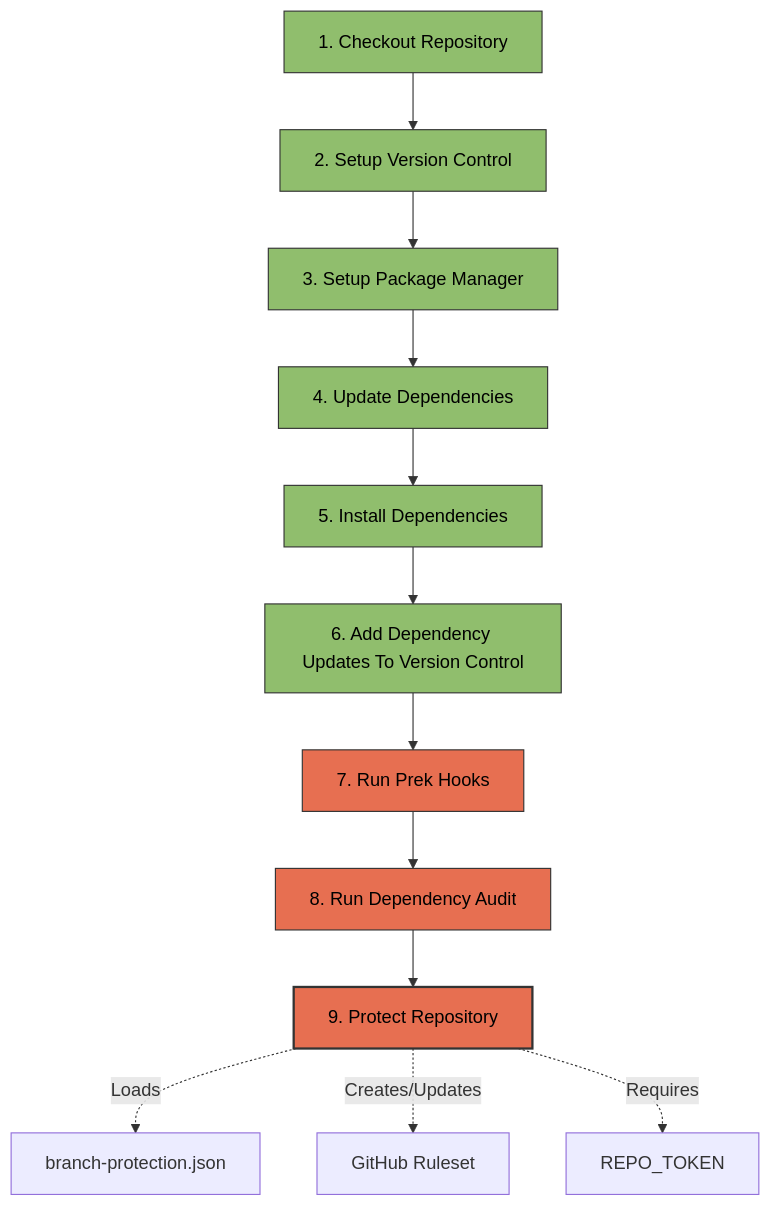
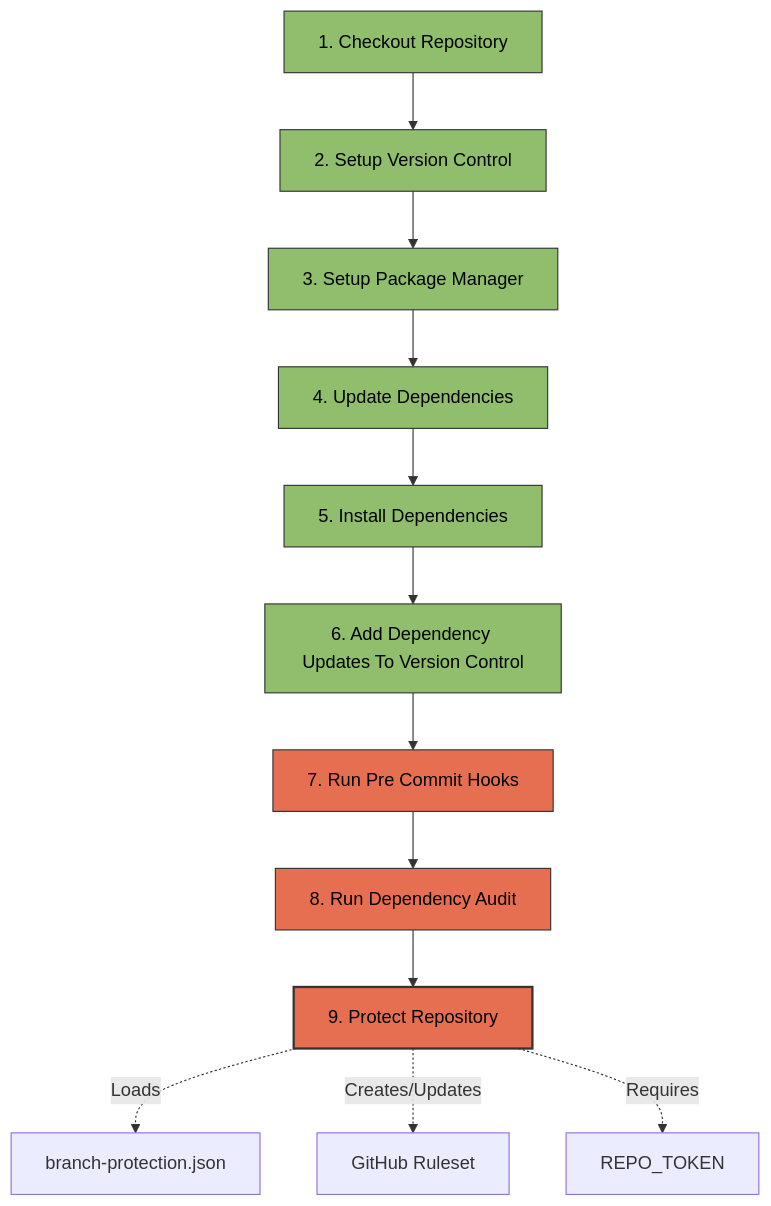
Before and after one commit to Winipedia/pyrig: the second of 3 diagrams in docs/configs/workflows/health_check.md, drawn with Mermaid. The commit also changed other lines of this file and 48 other files, not shown here.

````diff
--- a/docs/configs/workflows/health_check.md
+++ b/docs/configs/workflows/health_check.md
@@ -82,25 +82,25 @@
 ```mermaid
 graph TD
     P1[1. Checkout Repository] --> P2[2. Setup Version Control]
     P2 --> P3[3. Setup Package Manager]
     P3 --> P4[4. Update Dependencies]
     P4 --> P5[5. Install Dependencies]
     P5 --> P6[6. Add Dependency Updates To Version Control]
-    P6 --> P7[7. Run Prek Hooks]
+    P6 --> P7[7. Run Pre Commit Hooks]
     P7 --> P8[8. Run Dependency Audit]
     P8 --> P9[9. Protect Repository]
 
     P9 -.->|Loads| P9A[branch-protection.json]
     P9 -.->|Creates/Updates| P9B[GitHub Ruleset]
     P9 -.->|Requires| P9C[REPO_TOKEN]
 
     style P1 fill:#90be6d,stroke:#333,stroke-width:1px,color:#000
     style P2 fill:#90be6d,stroke:#333,stroke-width:1px,color:#000
     style P3 fill:#90be6d,stroke:#333,stroke-width:1px,color:#000
     style P4 fill:#90be6d,stroke:#333,stroke-width:1px,color:#000
     style P5 fill:#90be6d,stroke:#333,stroke-width:1px,color:#000
     style P6 fill:#90be6d,stroke:#333,stroke-width:1px,color:#000
     style P7 fill:#e76f51,stroke:#333,stroke-width:1px,color:#000
     style P8 fill:#e76f51,stroke:#333,stroke-width:1px,color:#000
     style P9 fill:#e76f51,stroke:#333,stroke-width:2px,color:#000
 ```
````
